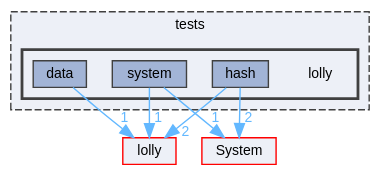
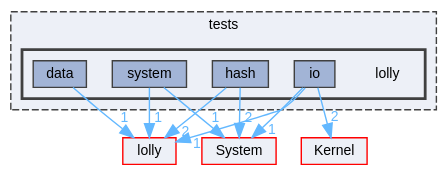
The diagram in dir_906012d88d63f17afb541864e9a9bce2_dep.dot (XmacsLabs/lolly), drawn with Graphviz before and after one commit. The commit also changed 124 other files, not shown here.

```diff
--- a/dir_906012d88d63f17afb541864e9a9bce2_dep.dot
+++ b/dir_906012d88d63f17afb541864e9a9bce2_dep.dot
@@ -1,25 +1,30 @@
 digraph "lolly"
 {
  // LATEX_PDF_SIZE
   bgcolor="transparent";
   edge [fontname=Helvetica,fontsize=10,labelfontname=Helvetica,labelfontsize=10];
   node [fontname=Helvetica,fontsize=10,shape=box,height=0.2,width=0.4];
   compound=true
   subgraph clusterdir_59425e443f801f1f2fd8bbe4959a3ccf {
     graph [ bgcolor="#edf0f7", pencolor="grey25", label="tests", fontname=Helvetica,fontsize=10 style="filled,dashed", URL="dir_59425e443f801f1f2fd8bbe4959a3ccf.html",tooltip=""]
   subgraph clusterdir_906012d88d63f17afb541864e9a9bce2 {
     graph [ bgcolor="#edf0f7", pencolor="grey25", label="", fontname=Helvetica,fontsize=10 style="filled,bold", URL="dir_906012d88d63f17afb541864e9a9bce2.html",tooltip=""]
     dir_906012d88d63f17afb541864e9a9bce2 [shape=plaintext, label="lolly"];
   dir_f8a8d0c9835e93daec2280ff6bfa6f20 [label="data", fillcolor="#a2b4d6", color="grey25", style="filled", URL="dir_f8a8d0c9835e93daec2280ff6bfa6f20.html",tooltip=""];
   dir_a0ddc45c48aae3e50c490c6d16fefac4 [label="hash", fillcolor="#a2b4d6", color="grey25", style="filled", URL="dir_a0ddc45c48aae3e50c490c6d16fefac4.html",tooltip=""];
+  dir_5c22bac8c612b7fb471b5b83a3814aa1 [label="io", fillcolor="#a2b4d6", color="grey25", style="filled", URL="dir_5c22bac8c612b7fb471b5b83a3814aa1.html",tooltip=""];
   dir_0a5da1f0fca4312db90862ecf4f84067 [label="system", fillcolor="#a2b4d6", color="grey25", style="filled", URL="dir_0a5da1f0fca4312db90862ecf4f84067.html",tooltip=""];
   }
   }
   dir_4e4e38b7a3cbd015b31043c806009c51 [label="lolly", fillcolor="#edf0f7", color="red", style="filled", URL="dir_4e4e38b7a3cbd015b31043c806009c51.html",tooltip=""];
+  dir_52bed8acfaac088d5968cb2c84d7645d [label="Kernel", fillcolor="#edf0f7", color="red", style="filled", URL="dir_52bed8acfaac088d5968cb2c84d7645d.html",tooltip=""];
   dir_9af51e3826d4f9e80d9103b2de543e84 [label="System", fillcolor="#edf0f7", color="red", style="filled", URL="dir_9af51e3826d4f9e80d9103b2de543e84.html",tooltip=""];
   dir_f8a8d0c9835e93daec2280ff6bfa6f20->dir_4e4e38b7a3cbd015b31043c806009c51 [headlabel="1", labeldistance=1.5 headhref="dir_000010_000027.html" color="steelblue1" fontcolor="steelblue1"];
   dir_a0ddc45c48aae3e50c490c6d16fefac4->dir_4e4e38b7a3cbd015b31043c806009c51 [headlabel="2", labeldistance=1.5 headhref="dir_000018_000027.html" color="steelblue1" fontcolor="steelblue1"];
   dir_a0ddc45c48aae3e50c490c6d16fefac4->dir_9af51e3826d4f9e80d9103b2de543e84 [headlabel="2", labeldistance=1.5 headhref="dir_000018_000038.html" color="steelblue1" fontcolor="steelblue1"];
+  dir_5c22bac8c612b7fb471b5b83a3814aa1->dir_4e4e38b7a3cbd015b31043c806009c51 [headlabel="1", labeldistance=1.5 headhref="dir_000021_000027.html" color="steelblue1" fontcolor="steelblue1"];
+  dir_5c22bac8c612b7fb471b5b83a3814aa1->dir_52bed8acfaac088d5968cb2c84d7645d [headlabel="2", labeldistance=1.5 headhref="dir_000021_000024.html" color="steelblue1" fontcolor="steelblue1"];
+  dir_5c22bac8c612b7fb471b5b83a3814aa1->dir_9af51e3826d4f9e80d9103b2de543e84 [headlabel="1", labeldistance=1.5 headhref="dir_000021_000038.html" color="steelblue1" fontcolor="steelblue1"];
   dir_0a5da1f0fca4312db90862ecf4f84067->dir_4e4e38b7a3cbd015b31043c806009c51 [headlabel="1", labeldistance=1.5 headhref="dir_000039_000027.html" color="steelblue1" fontcolor="steelblue1"];
   dir_0a5da1f0fca4312db90862ecf4f84067->dir_9af51e3826d4f9e80d9103b2de543e84 [headlabel="1", labeldistance=1.5 headhref="dir_000039_000038.html" color="steelblue1" fontcolor="steelblue1"];
 }
```
